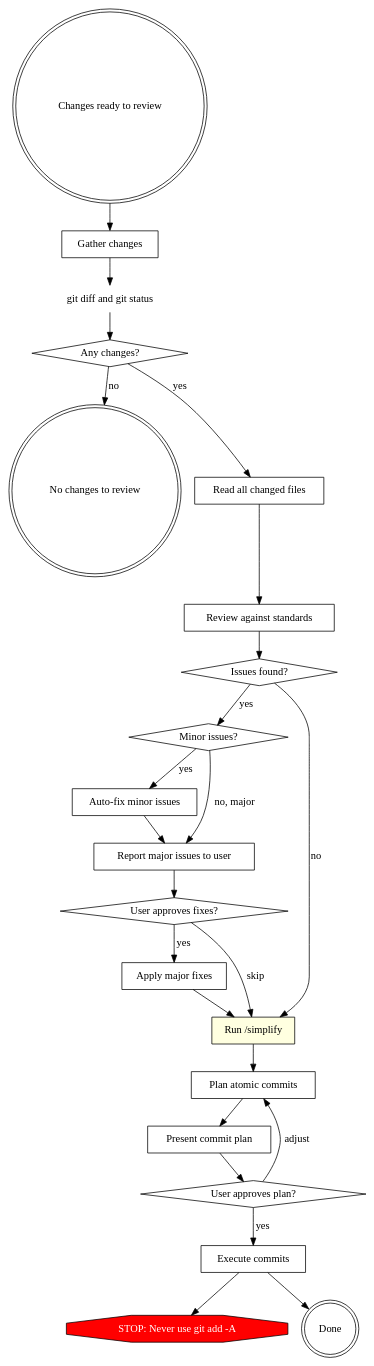
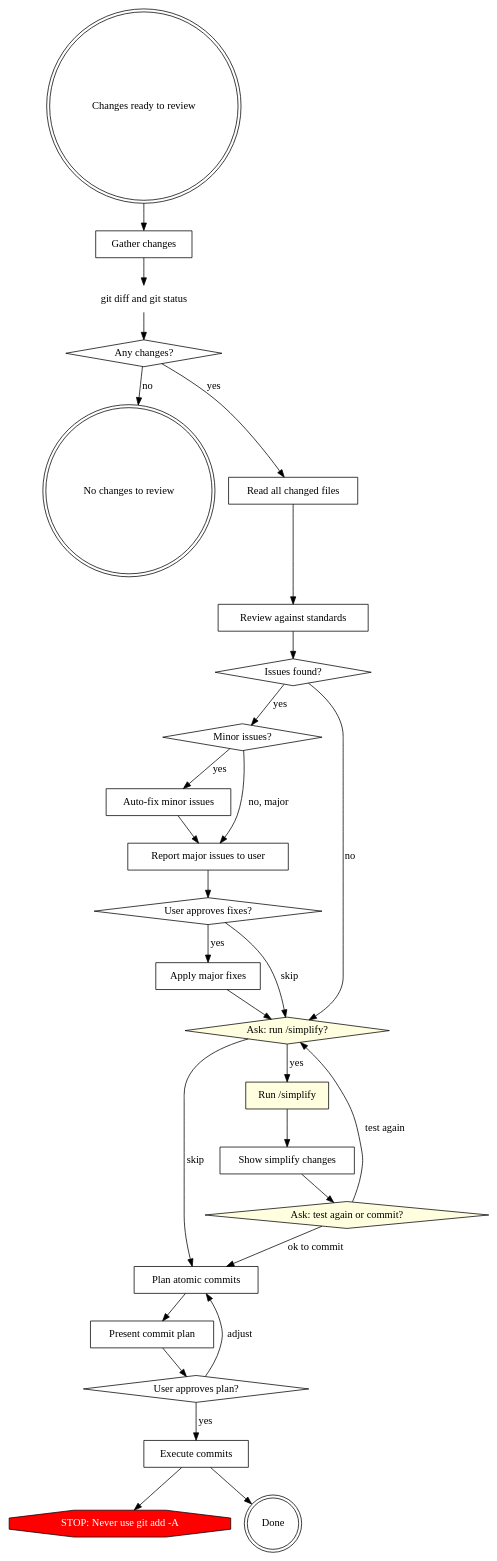
One commit to pandaworks-software-plt/pandahrms-skills changed the diagram in skills/review-and-commit/SKILL.md. Above: the diagram before and after it, drawn with Graphviz. The commit also changed other lines of this file, not shown here.

First line of the commit message:
feat(review-and-commit): add interactive checkpoints around /simplify phase

````diff
--- a/skills/review-and-commit/SKILL.md
+++ b/skills/review-and-commit/SKILL.md
@@ -20,48 +20,57 @@
 ```dot
 digraph review_and_commit {
     "Changes ready to review" [shape=doublecircle];
     "Gather changes" [shape=box];
     "git diff and git status" [shape=plaintext];
     "Any changes?" [shape=diamond];
     "No changes to review" [shape=doublecircle];
     "Read all changed files" [shape=box];
     "Review against standards" [shape=box];
     "Issues found?" [shape=diamond];
     "Minor issues?" [shape=diamond];
     "Auto-fix minor issues" [shape=box];
     "Report major issues to user" [shape=box];
     "User approves fixes?" [shape=diamond];
     "Apply major fixes" [shape=box];
     "Plan atomic commits" [shape=box];
     "Present commit plan" [shape=box];
     "User approves plan?" [shape=diamond];
     "Execute commits" [shape=box];
     "STOP: Never use git add -A" [shape=octagon, style=filled, fillcolor=red, fontcolor=white];
     "Done" [shape=doublecircle];
 
     "Changes ready to review" -> "Gather changes";
     "Gather changes" -> "git diff and git status";
     "git diff and git status" -> "Any changes?";
     "Any changes?" -> "No changes to review" [label="no"];
     "Any changes?" -> "Read all changed files" [label="yes"];
     "Read all changed files" -> "Review against standards";
     "Review against standards" -> "Issues found?";
-    "Issues found?" -> "Run /simplify" [label="no"];
+    "Issues found?" -> "Ask: run /simplify?" [label="no"];
     "Issues found?" -> "Minor issues?" [label="yes"];
     "Minor issues?" -> "Auto-fix minor issues" [label="yes"];
     "Minor issues?" -> "Report major issues to user" [label="no, major"];
     "Auto-fix minor issues" -> "Report major issues to user";
     "Report major issues to user" -> "User approves fixes?";
     "User approves fixes?" -> "Apply major fixes" [label="yes"];
-    "User approves fixes?" -> "Run /simplify" [label="skip"];
-    "Apply major fixes" -> "Run /simplify";
+    "User approves fixes?" -> "Ask: run /simplify?" [label="skip"];
+    "Apply major fixes" -> "Ask: run /simplify?";
+    "Ask: run /simplify?" [shape=diamond, style=filled, fillcolor=lightyellow];
     "Run /simplify" [shape=box, style=filled, fillcolor=lightyellow];
-    "Run /simplify" -> "Plan atomic commits";
+    "Show simplify changes" [shape=box];
+    "Ask: test again or commit?" [shape=diamond, style=filled, fillcolor=lightyellow];
+
+    "Run /simplify" -> "Show simplify changes";
+    "Show simplify changes" -> "Ask: test again or commit?";
+    "Ask: test again or commit?" -> "Ask: run /simplify?" [label="test again"];
+    "Ask: test again or commit?" -> "Plan atomic commits" [label="ok to commit"];
+    "Ask: run /simplify?" -> "Run /simplify" [label="yes"];
+    "Ask: run /simplify?" -> "Plan atomic commits" [label="skip"];
     "Plan atomic commits" -> "Present commit plan";
     "Present commit plan" -> "User approves plan?";
     "User approves plan?" -> "Execute commits" [label="yes"];
     "User approves plan?" -> "Plan atomic commits" [label="adjust"];
     "Execute commits" -> "STOP: Never use git add -A";
     "Execute commits" -> "Done";
 }
 ```
````
